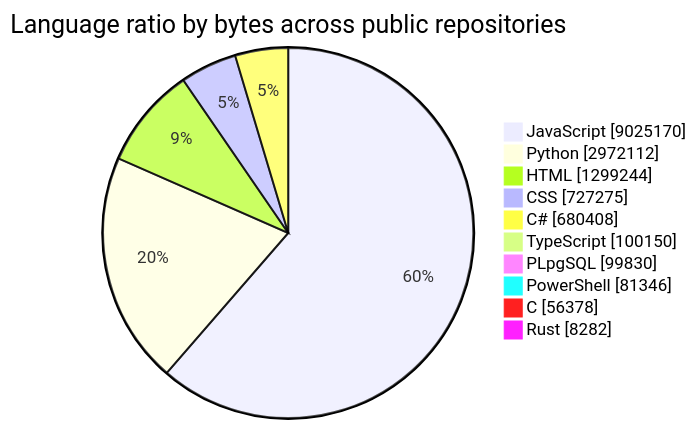
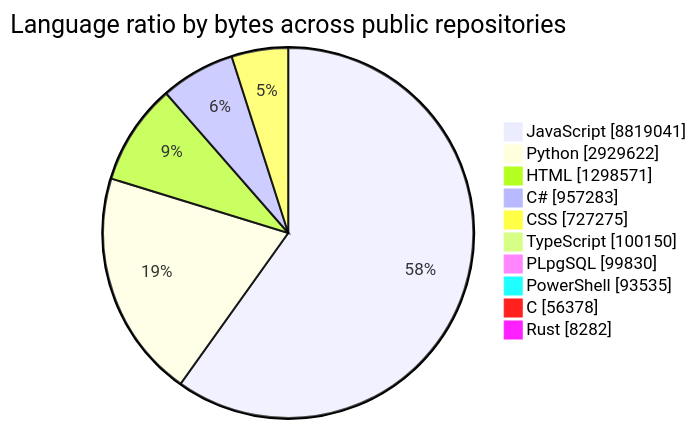
One commit to tchinso/tchinso changed the first of 2 diagrams in README.md. Above: the diagram before and after it, drawn with Mermaid. The commit also changed other lines of this file, not shown here.

````diff
--- a/README.md
+++ b/README.md
@@ -27,14 +27,14 @@
 ```mermaid
 pie showData
     title Language ratio by bytes across public repositories
-    "JavaScript" : 9025170
-    "Python" : 2972112
-    "HTML" : 1299244
+    "JavaScript" : 8819041
+    "Python" : 2929622
+    "HTML" : 1298571
+    "C#" : 957283
     "CSS" : 727275
-    "C#" : 680408
     "TypeScript" : 100150
     "PLpgSQL" : 99830
-    "PowerShell" : 81346
+    "PowerShell" : 93535
     "C" : 56378
     "Rust" : 8282
 ```
````
